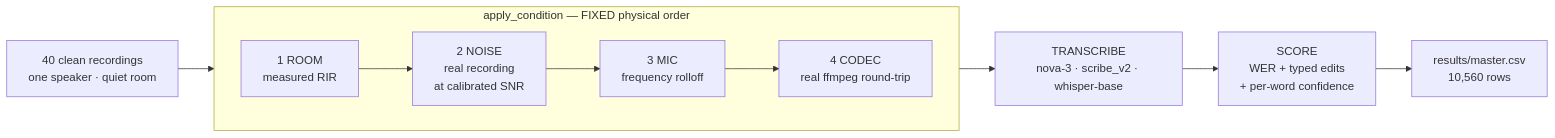
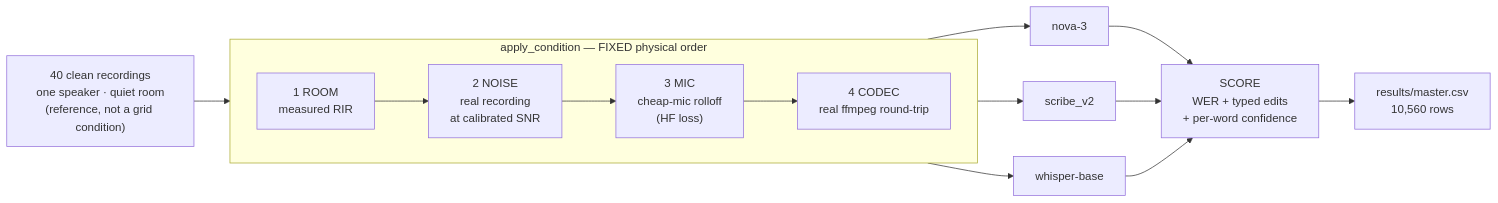
Before and after one commit to sundarsubramanian22/deadzone: the first of 3 diagrams in README.md, drawn with Mermaid. The commit also changed other lines of this file, not shown here.

Commit message:
Tighten README: fix population labels, cut chart-redundant tables, correct condition math

````diff
--- a/README.md
+++ b/README.md
@@ -38,11 +48,15 @@
 ```mermaid
 flowchart LR
-  R["40 clean recordings<br/>one speaker · quiet room"] --> A1
+  R["40 clean recordings<br/>one speaker · quiet room<br/>(reference, not a grid condition)"] --> A1
   subgraph COMPOSE["apply_condition — FIXED physical order"]
     direction LR
-    A1["1 ROOM<br/>measured RIR"] --> A2["2 NOISE<br/>real recording<br/>at calibrated SNR"] --> A3["3 MIC<br/>frequency rolloff"] --> A4["4 CODEC<br/>real ffmpeg round-trip"]
+    A1["1 ROOM<br/>measured RIR"] --> A2["2 NOISE<br/>real recording<br/>at calibrated SNR"] --> A3["3 MIC<br/>cheap-mic rolloff<br/>(HF loss)"] --> A4["4 CODEC<br/>real ffmpeg round-trip"]
   end
-  A4 --> T["TRANSCRIBE<br/>nova-3 · scribe_v2 · whisper-base"]
-  T --> S["SCORE<br/>WER + typed edits<br/>+ per-word confidence"]
+  A4 --> T1["nova-3"]
+  A4 --> T2["scribe_v2"]
+  A4 --> T3["whisper-base"]
+  T1 --> S["SCORE<br/>WER + typed edits<br/>+ per-word confidence"]
+  T2 --> S
+  T3 --> S
   S --> M["results/master.csv<br/>10,560 rows"]
 ```
````
